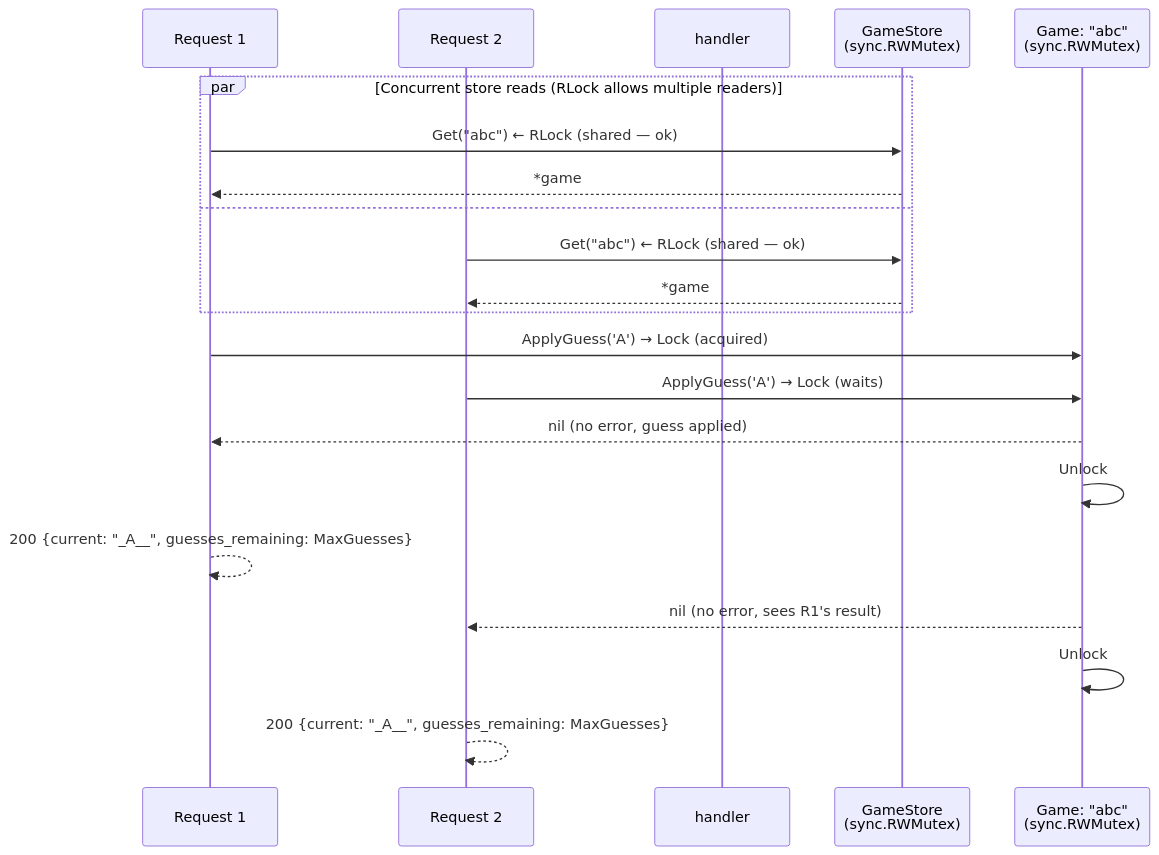
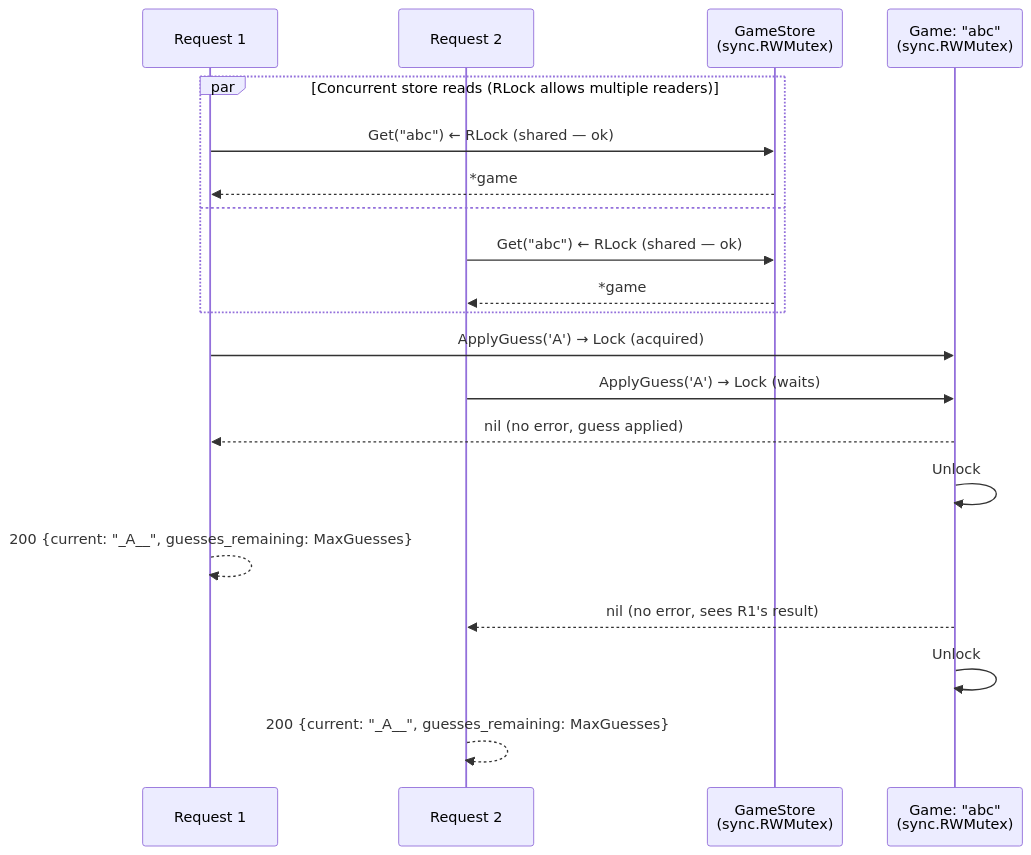
Before and after one commit to ajitm722/wordgame: the second of 3 diagrams in code-structure.md, drawn with Mermaid. The commit also changed other lines of this file and 7 other files, not shown here.

````diff
--- a/code-structure.md
+++ b/code-structure.md
@@ -305,26 +305,25 @@
 ```mermaid
 sequenceDiagram
     participant R1 as Request 1
     participant R2 as Request 2
-    participant Handler as handler
     participant Store as GameStore<br/>(sync.RWMutex)
     participant Game as Game: "abc"<br/>(sync.RWMutex)
 
     par Concurrent store reads (RLock allows multiple readers)
         R1->>Store: Get("abc") ← RLock (shared — ok)
         Store-->>R1: *game
     and
         R2->>Store: Get("abc") ← RLock (shared — ok)
         Store-->>R2: *game
     end
 
     R1->>Game: ApplyGuess('A') → Lock (acquired)
     R2->>Game: ApplyGuess('A') → Lock (waits)
     Game-->>R1: nil (no error, guess applied)
     Game->>Game: Unlock
     R1-->>R1: 200 {current: "_A__", guesses_remaining: MaxGuesses}
 
     Game-->>R2: nil (no error, sees R1's result)
     Game->>Game: Unlock
     R2-->>R2: 200 {current: "_A__", guesses_remaining: MaxGuesses}
 ```
````
